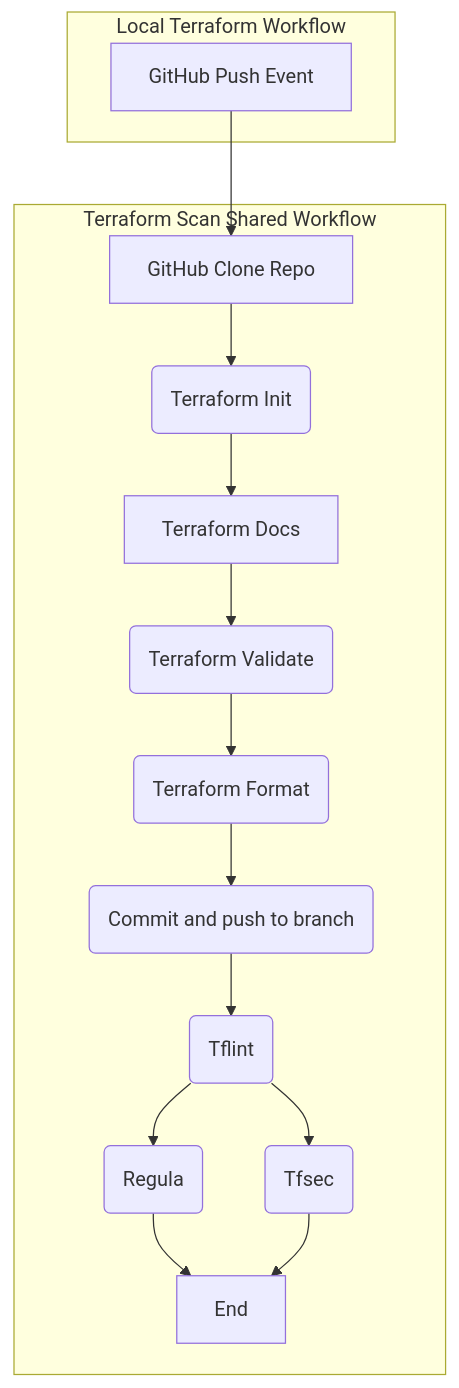
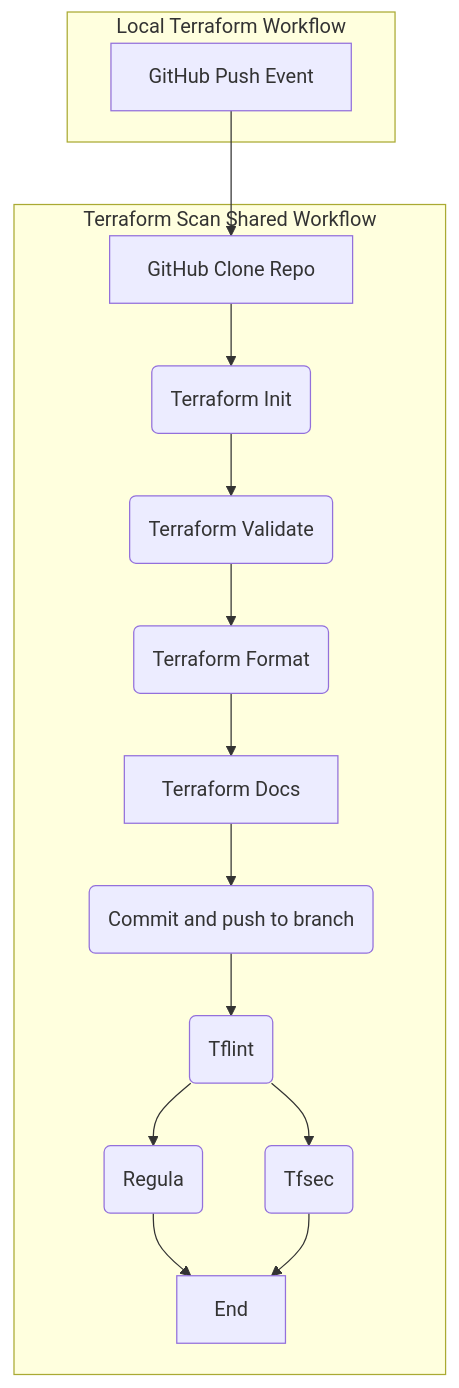
The diagram in documents/terraform/lint-and-scan.md (defenseunicorns/uds-common-workflows), drawn with Mermaid before and after one commit.

Commit message:
updated chart in docs

````diff
--- a/documents/terraform/lint-and-scan.md
+++ b/documents/terraform/lint-and-scan.md
@@ -68,22 +68,22 @@
 ```mermaid
 flowchart TB
   subgraph "Local Terraform Workflow"
     push[GitHub Push Event]
   end
 
 
   subgraph "Terraform Scan Shared Workflow"
     push --> clone[GitHub Clone Repo]
     clone --> tfinit(Terraform Init)
-    tfinit --> tfdoc[Terraform Docs]
-    tfdoc --> validate
+    tfinit --> validate
     validate(Terraform Validate) --> fmt(Terraform Format)
-    fmt --> inlinecommit(Commit and push to branch)
+    fmt --> tfdoc[Terraform Docs]
+    tfdoc --> inlinecommit(Commit and push to branch)
     inlinecommit --> tflint
     tflint(Tflint) --> tfsec(Tfsec)
     tflint --> regula(Regula)
     regula --> End
     tfsec --> End
   end
 
 ```
````
